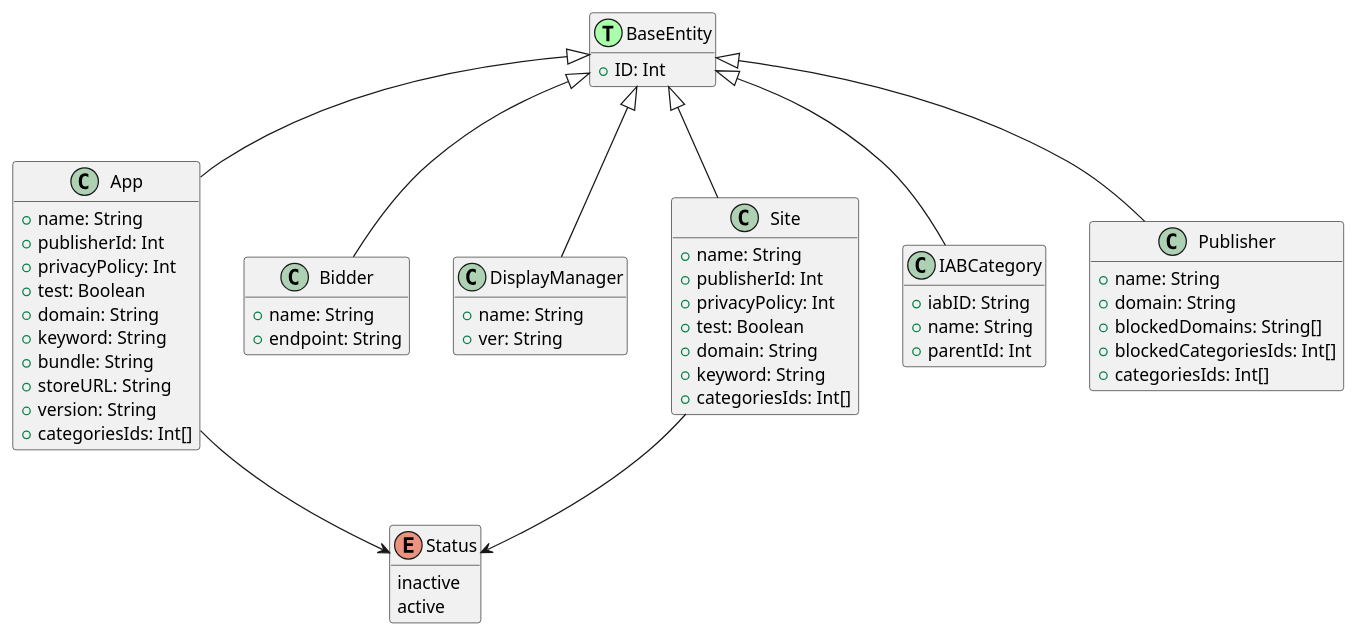
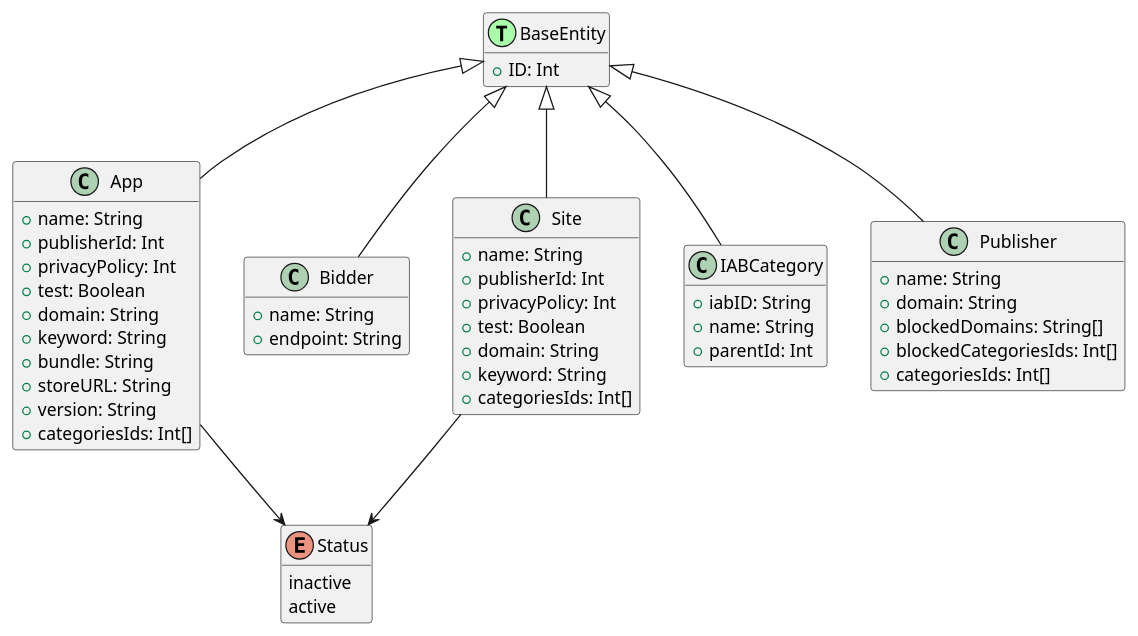
One commit to bwsw/simple-rtb-exchange changed the diagram in diagrams/databaseModels.puml. Above: the diagram before and after it, drawn with PlantUML.

Commit message:
develop - removed display manager from the diagram

```diff
--- a/diagrams/databaseModels.puml
+++ b/diagrams/databaseModels.puml
@@ -1,65 +1,61 @@
 @startuml
 
 hide methods
 
 class BaseEntity << (T,#AAFFAA)>> {
     +ID: Int
 }
 class App {
     +name: String
     +publisherId: Int
     +privacyPolicy: Int
     +test: Boolean
     +domain: String
     +keyword: String
     +bundle: String
     +storeURL: String
     +version: String
     +categoriesIds: Int[]
 }
 class Bidder {
     +name: String
     +endpoint: String
 }
-class DisplayManager {
-    +name: String
-    +ver: String
-}
+
 class Site {
     +name: String
     +publisherId: Int
     +privacyPolicy: Int
     +test: Boolean
     +domain: String
     +keyword: String
     +categoriesIds: Int[]
 }
 class IABCategory {
     +iabID: String
     +name: String
     +parentId: Int
 }
 class Publisher {
     +name: String
     +domain: String
     +blockedDomains: String[]
     +blockedCategoriesIds: Int[]
     +categoriesIds: Int[]
 }
 
 enum Status {
     inactive
     active
 }
 
 BaseEntity <|-- App
 BaseEntity <|-- Bidder
-BaseEntity <|-- DisplayManager
 BaseEntity <|-- IABCategory
 BaseEntity <|-- Publisher
 BaseEntity <|-- Site
 
 Site --> Status
 App --> Status
 
 @enduml
```
